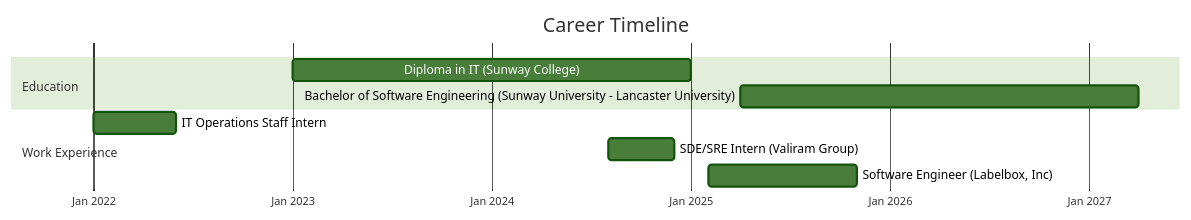
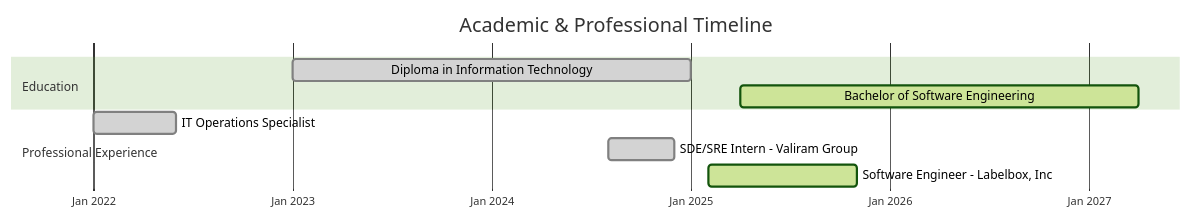
The diagram in README.md (nathangtg/nathangtg), drawn with Mermaid (forest theme) before and after one commit. The commit also changed other lines of this file, not shown here.

````diff
--- a/README.md
+++ b/README.md
@@ -96,15 +115,15 @@
 ```mermaid
 gantt
     dateFormat  YYYY-MM
-    title Career Timeline
+    title Academic & Professional Timeline
     axisFormat %b %Y
     
     section Education
-    Diploma in IT (Sunway College)      :2023-01, 2025-01
-    Bachelor of Software Engineering (Sunway University - Lancaster University)   :2025-04, 2027-04
+    Diploma in Information Technology           :done, diploma, 2023-01, 2025-01
+    Bachelor of Software Engineering           :active, bachelor, 2025-04, 2027-04
     
-    section Work Experience
-    IT Operations Staff Intern          :2022-01, 2022-06
-    SDE/SRE Intern (Valiram Group)      :2024-08, 2024-12
-    Software Engineer (Labelbox, Inc)   :2025-02, 2025-11
+    section Professional Experience
+    IT Operations Specialist                   :done, it-ops, 2022-01, 2022-06
+    SDE/SRE Intern - Valiram Group            :done, valiram, 2024-08, 2024-12
+    Software Engineer - Labelbox, Inc         :active, labelbox, 2025-02, 2025-11
 ```
````
